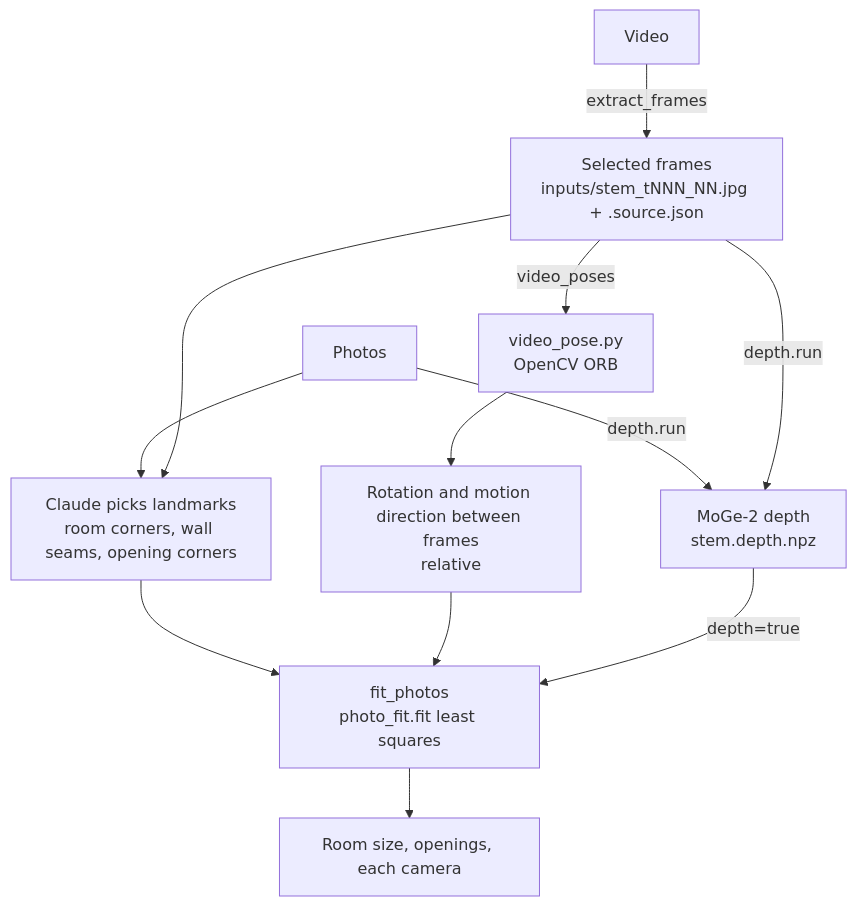
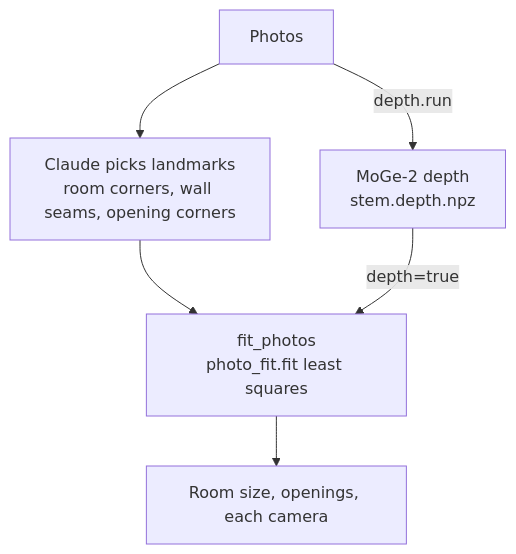
Before and after one commit to atinfinity/agentic-sim-world-gen: diagram 12 of 13 in docs/en/architecture.md, drawn with Mermaid. The commit also changed other lines of this file and 48 other files, not shown here.

````diff
--- a/docs/en/architecture.md
+++ b/docs/en/architecture.md
@@ -663,14 +663,8 @@
 ```mermaid
 flowchart TD
-    video["Video"] -->|"extract_frames"| frames["Selected frames<br/>inputs/stem_tNNN_NN.jpg + .source.json"]
-    photos["Photos"] --> lm
-    frames --> lm["Claude picks landmarks<br/>room corners, wall seams, opening corners"]
-    frames -->|"video_poses"| orb["video_pose.py<br/>OpenCV ORB"]
-    orb --> rel["Rotation and motion direction between frames<br/>relative"]
+    photos["Photos"] --> lm["Claude picks landmarks<br/>room corners, wall seams, opening corners"]
     photos -->|"depth.run"| dep["MoGe-2 depth<br/>stem.depth.npz"]
-    frames -->|"depth.run"| dep
     lm --> fit["fit_photos<br/>photo_fit.fit least squares"]
-    rel --> fit
     dep -->|"depth=true"| fit
     fit --> res["Room size, openings, each camera"]
 ```
````
